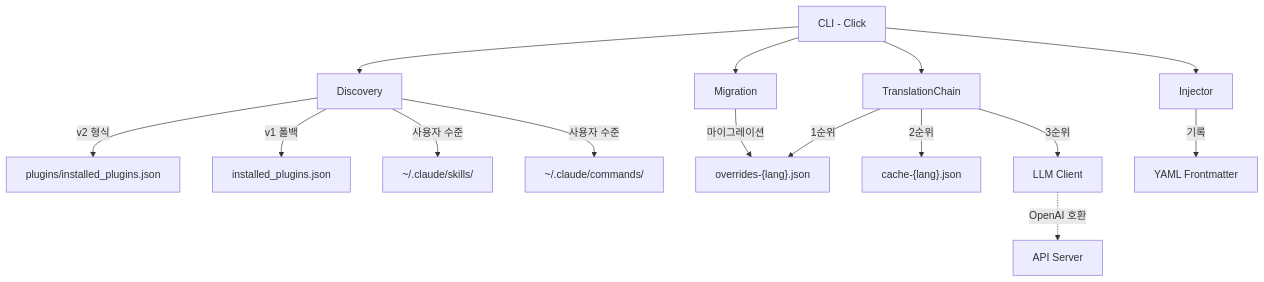
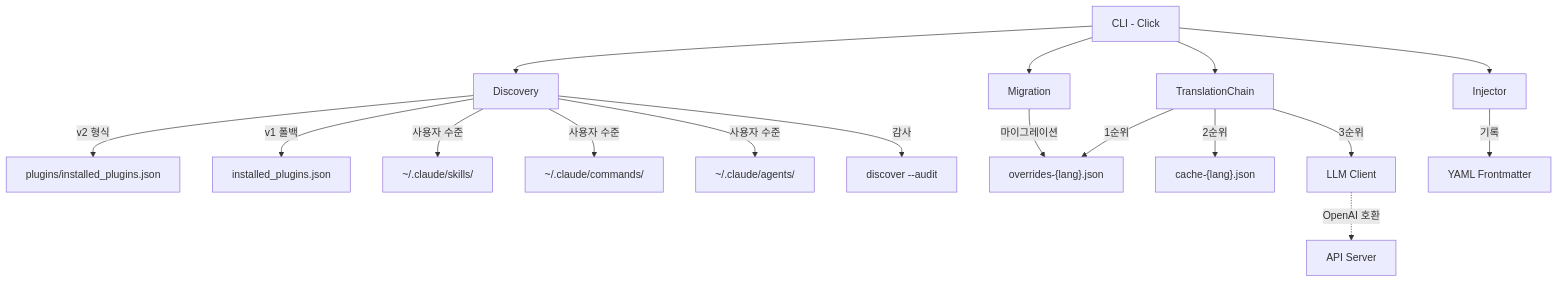
The second of 2 diagrams in README.ko.md (debug-zhuweijian/claude-translator), drawn with Mermaid before and after one commit. The commit also changed other lines of this file and 11 other files, not shown here.

````diff
--- a/README.ko.md
+++ b/README.ko.md
@@ -385,21 +386,23 @@
 ```mermaid
 graph TB
     CLI["CLI - Click"] --> DISC["Discovery"]
     CLI --> TRANS["TranslationChain"]
     CLI --> INJ["Injector"]
     CLI --> MIGR["Migration"]
 
     DISC --> |v2 형식| V2["plugins/installed_plugins.json"]
     DISC --> |v1 폴백| V1["installed_plugins.json"]
     DISC --> |사용자 수준| USER["~/.claude/skills/"]
     DISC --> |사용자 수준| USERC["~/.claude/commands/"]
+    DISC --> |사용자 수준| USERA["~/.claude/agents/"]
+    DISC --> |감사| AUDIT["discover --audit"]
 
     TRANS --> |1순위| OV["overrides-{lang}.json"]
     TRANS --> |2순위| CACHE["cache-{lang}.json"]
     TRANS --> |3순위| LLM["LLM Client"]
 
     INJ --> |기록| FM["YAML Frontmatter"]
     MIGR --> |마이그레이션| OV
 
     LLM -.-> |OpenAI 호환| API["API Server"]
 ```
````
